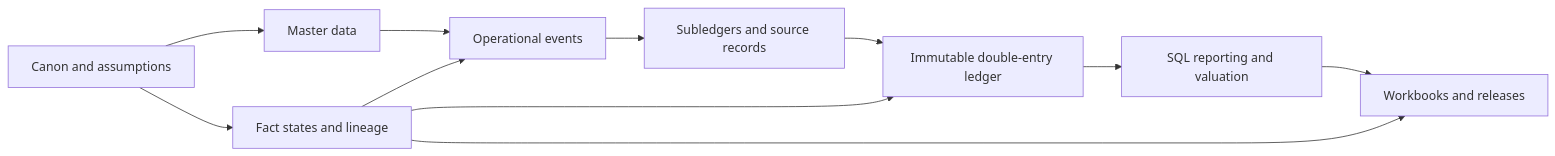
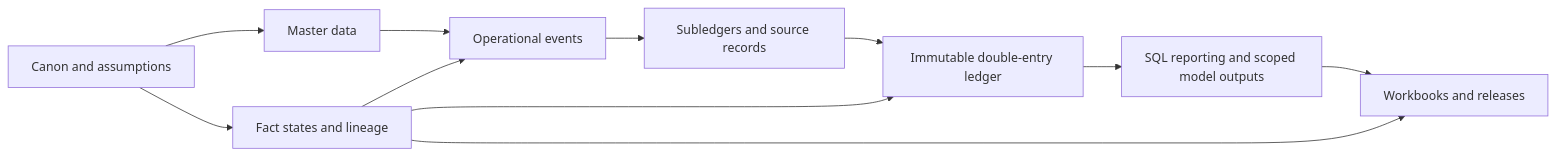
The diagram in docs/finance/ARCHITECTURE.md (SquirmyWormy275/SABLEHARBOR), drawn with Mermaid before and after one commit. The commit also changed 117 other files, not shown here.

````diff
--- a/docs/finance/ARCHITECTURE.md
+++ b/docs/finance/ARCHITECTURE.md
@@ -3,13 +3,13 @@
 ```mermaid
 flowchart LR
   C[Canon and assumptions] --> M[Master data]
   M --> O[Operational events]
   O --> S[Subledgers and source records]
   S --> G[Immutable double-entry ledger]
-  G --> R[SQL reporting and valuation]
+  G --> R[SQL reporting and scoped model outputs]
   R --> X[Workbooks and releases]
   C --> L[Fact states and lineage]
   L --> O
   L --> G
   L --> X
 ```
````
